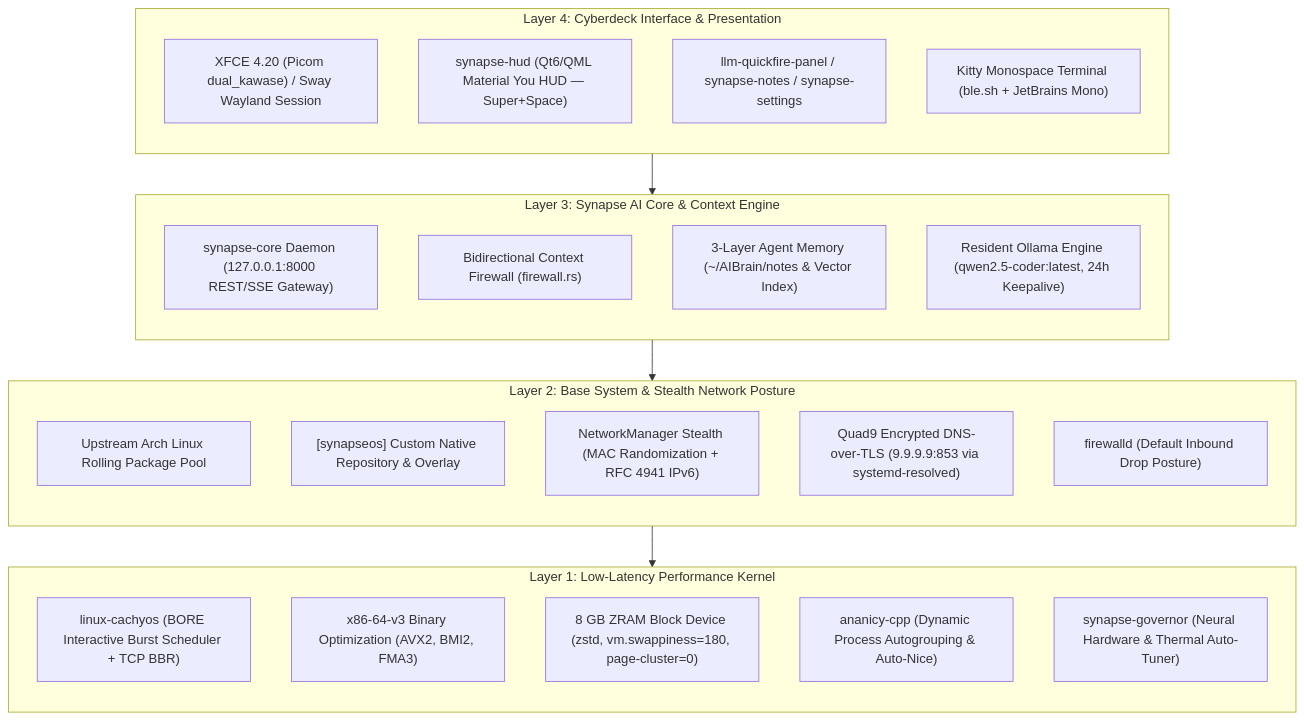
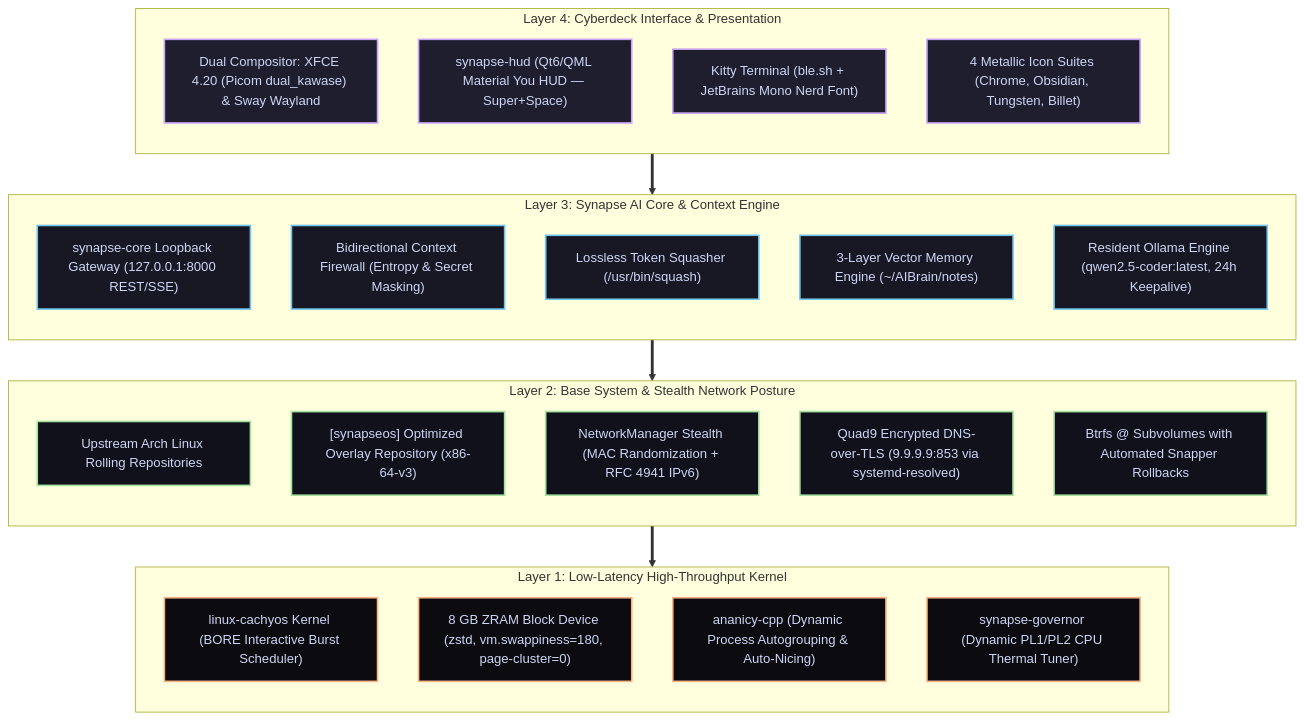
One commit to earnerbaymalay/palexusOS changed the first of 5 diagrams in README.md. Above: the diagram before and after it, drawn with Mermaid. The commit also changed other lines of this file and 1 other file, not shown here.

First line of the commit message:
docs: modernize README & architecture with responsive Mermaid diagrams and frictionless onboarding

````diff
--- a/README.md
+++ b/README.md
@@ -156,40 +156,45 @@
 ```mermaid
 flowchart TD
+    classDef ui fill:#1e1e2e,stroke:#cba6f7,stroke-width:2px,color:#cdd6f4;
+    classDef ai fill:#181825,stroke:#74c7ec,stroke-width:2px,color:#cdd6f4;
+    classDef os fill:#11111b,stroke:#a6e3a1,stroke-width:2px,color:#cdd6f4;
+    classDef kern fill:#0b0b10,stroke:#fab387,stroke-width:2px,color:#cdd6f4;
+
     subgraph UI ["Layer 4: Cyberdeck Interface & Presentation"]
         direction TB
-        COMP["XFCE 4.20 (Picom dual_kawase) / Sway Wayland Session"]
-        HUD["synapse-hud (Qt6/QML Material You HUD — Super+Space)"]
-        PANEL["llm-quickfire-panel / synapse-notes / synapse-settings"]
-        TERM["Kitty Monospace Terminal (ble.sh + JetBrains Mono)"]
+        COMP["Dual Compositor: XFCE 4.20 (Picom dual_kawase) & Sway Wayland"]:::ui
+        HUD["synapse-hud (Qt6/QML Material You HUD — Super+Space)"]:::ui
+        KITTY["Kitty Terminal (ble.sh + JetBrains Mono Nerd Font)"]:::ui
+        THEMES["4 Metallic Icon Suites (Chrome, Obsidian, Tungsten, Billet)"]:::ui
     end
 
     subgraph AI ["Layer 3: Synapse AI Core & Context Engine"]
         direction TB
-        GW["synapse-core Daemon (127.0.0.1:8000 REST/SSE Gateway)"]
-        CFW["Bidirectional Context Firewall (firewall.rs)"]
-        MEM["3-Layer Agent Memory (~/AIBrain/notes & Vector Index)"]
-        OLLAMA["Resident Ollama Engine (qwen2.5-coder:latest, 24h Keepalive)"]
+        GW["synapse-core Loopback Gateway (127.0.0.1:8000 REST/SSE)"]:::ai
+        CFW["Bidirectional Context Firewall (Entropy & Secret Masking)"]:::ai
+        SQUASH["Lossless Token Squasher (/usr/bin/squash)"]:::ai
+        MEM["3-Layer Vector Memory Engine (~/AIBrain/notes)"]:::ai
+        OLLAMA["Resident Ollama Engine (qwen2.5-coder:latest, 24h Keepalive)"]:::ai
     end
 
     subgraph OS ["Layer 2: Base System & Stealth Network Posture"]
         direction TB
-        UPSTREAM["Upstream Arch Linux Rolling Package Pool"]
-        OVERLAY["[synapseos] Custom Native Repository & Overlay"]
-        SEC["NetworkManager Stealth (MAC Randomization + RFC 4941 IPv6)"]
-        DNS["Quad9 Encrypted DNS-over-TLS (9.9.9.9:853 via systemd-resolved)"]
-        FW["firewalld (Default Inbound Drop Posture)"]
+        ARCH["Upstream Arch Linux Rolling Repositories"]:::os
+        OVERLAY["[synapseos] Optimized Overlay Repository (x86-64-v3)"]:::os
+        SEC["NetworkManager Stealth (MAC Randomization + RFC 4941 IPv6)"]:::os
+        DNS["Quad9 Encrypted DNS-over-TLS (9.9.9.9:853 via systemd-resolved)"]:::os
+        BTRFS["Btrfs @ Subvolumes with Automated Snapper Rollbacks"]:::os
     end
 
-    subgraph KERN ["Layer 1: Low-Latency Performance Kernel"]
+    subgraph KERN ["Layer 1: Low-Latency High-Throughput Kernel"]
         direction TB
-        CK["linux-cachyos (BORE Interactive Burst Scheduler + TCP BBR)"]
-        V3["x86-64-v3 Binary Optimization (AVX2, BMI2, FMA3)"]
-        ZRAM["8 GB ZRAM Block Device (zstd, vm.swappiness=180, page-cluster=0)"]
-        ANAN["ananicy-cpp (Dynamic Process Autogrouping & Auto-Nice)"]
-        GOV["synapse-governor (Neural Hardware & Thermal Auto-Tuner)"]
+        BORE["linux-cachyos Kernel (BORE Interactive Burst Scheduler)"]:::kern
+        ZRAM["8 GB ZRAM Block Device (zstd, vm.swappiness=180, page-cluster=0)"]:::kern
+        ANAN["ananicy-cpp (Dynamic Process Autogrouping & Auto-Nicing)"]:::kern
+        GOV["synapse-governor (Dynamic PL1/PL2 CPU Thermal Tuner)"]:::kern
     end
 
-    UI --> AI
-    AI --> OS
-    OS --> KERN
+    UI ==> AI
+    AI ==> OS
+    OS ==> KERN
 ```
````
